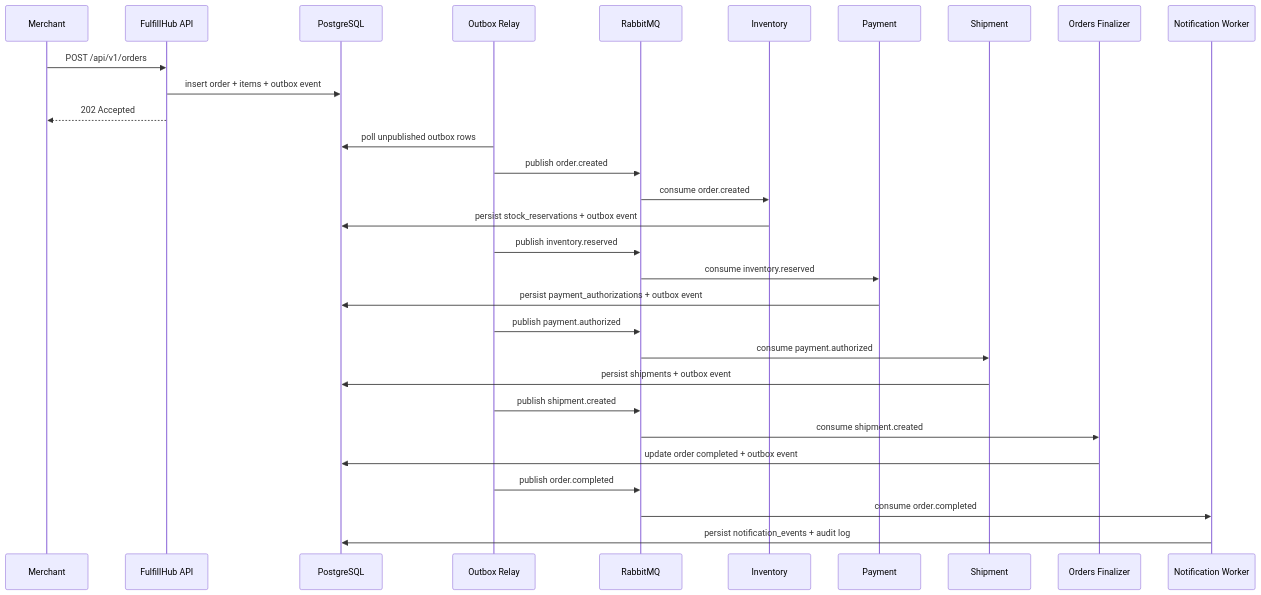
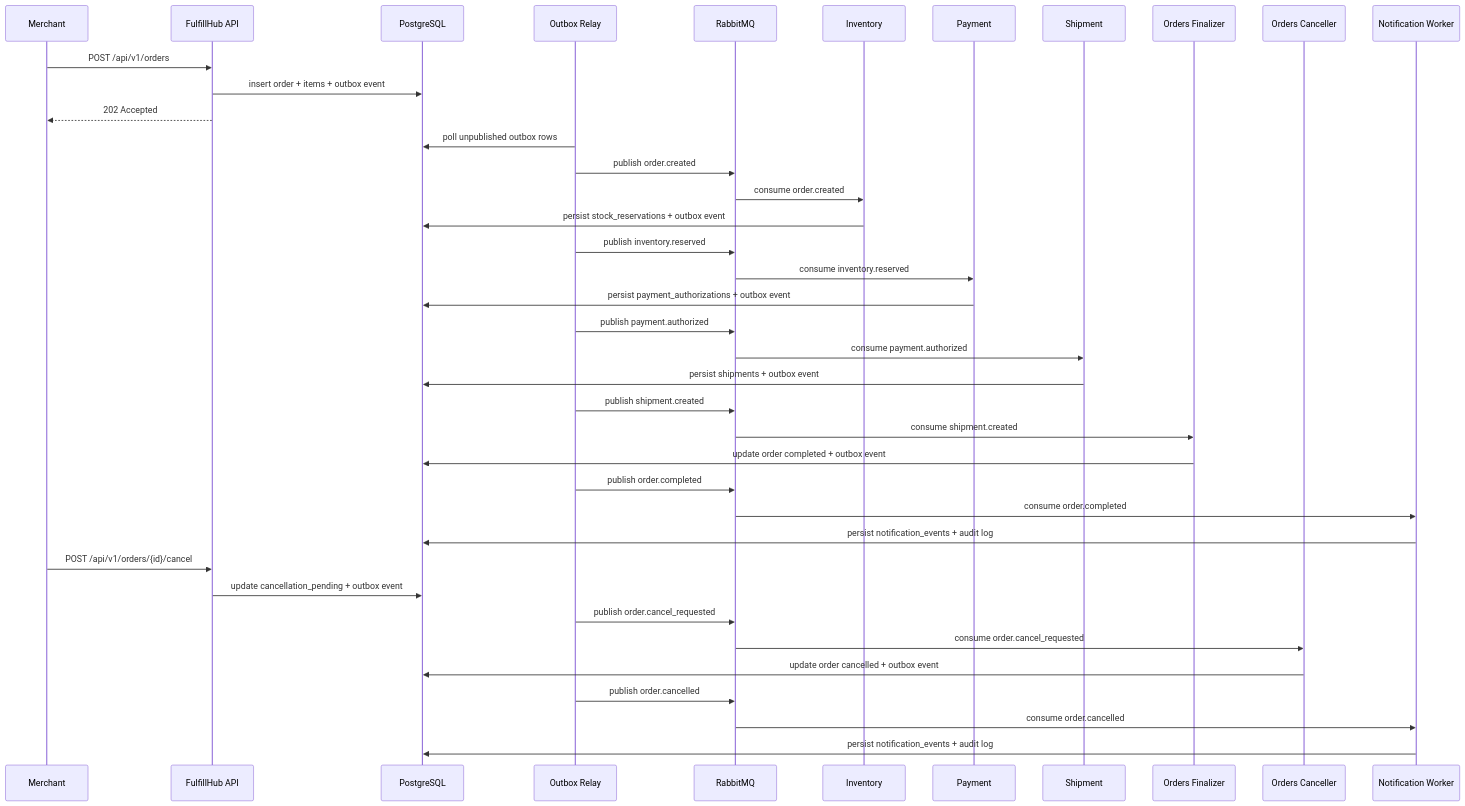
One commit to Defyland/fulfillhub-go-commerce-platform changed the diagram in docs/diagrams/order-saga-sequence.md. Above: the diagram before and after it, drawn with Mermaid. The commit also changed other lines of this file and 11 other files, not shown here.

````diff
--- a/docs/diagrams/order-saga-sequence.md
+++ b/docs/diagrams/order-saga-sequence.md
@@ -3,33 +3,43 @@
 ```mermaid
 sequenceDiagram
   participant Merchant
   participant API as FulfillHub API
   participant DB as PostgreSQL
   participant Relay as Outbox Relay
   participant MQ as RabbitMQ
   participant Inventory
   participant Payment
   participant Shipment
   participant Orders as Orders Finalizer
+  participant Cancel as Orders Canceller
   participant Notify as Notification Worker
 
   Merchant->>API: POST /api/v1/orders
   API->>DB: insert order + items + outbox event
   API-->>Merchant: 202 Accepted
   Relay->>DB: poll unpublished outbox rows
   Relay->>MQ: publish order.created
   MQ->>Inventory: consume order.created
   Inventory->>DB: persist stock_reservations + outbox event
   Relay->>MQ: publish inventory.reserved
   MQ->>Payment: consume inventory.reserved
   Payment->>DB: persist payment_authorizations + outbox event
   Relay->>MQ: publish payment.authorized
   MQ->>Shipment: consume payment.authorized
   Shipment->>DB: persist shipments + outbox event
   Relay->>MQ: publish shipment.created
   MQ->>Orders: consume shipment.created
   Orders->>DB: update order completed + outbox event
   Relay->>MQ: publish order.completed
   MQ->>Notify: consume order.completed
   Notify->>DB: persist notification_events + audit log
+
+  Merchant->>API: POST /api/v1/orders/{id}/cancel
+  API->>DB: update cancellation_pending + outbox event
+  Relay->>MQ: publish order.cancel_requested
+  MQ->>Cancel: consume order.cancel_requested
+  Cancel->>DB: update order cancelled + outbox event
+  Relay->>MQ: publish order.cancelled
+  MQ->>Notify: consume order.cancelled
+  Notify->>DB: persist notification_events + audit log
 ```
````
